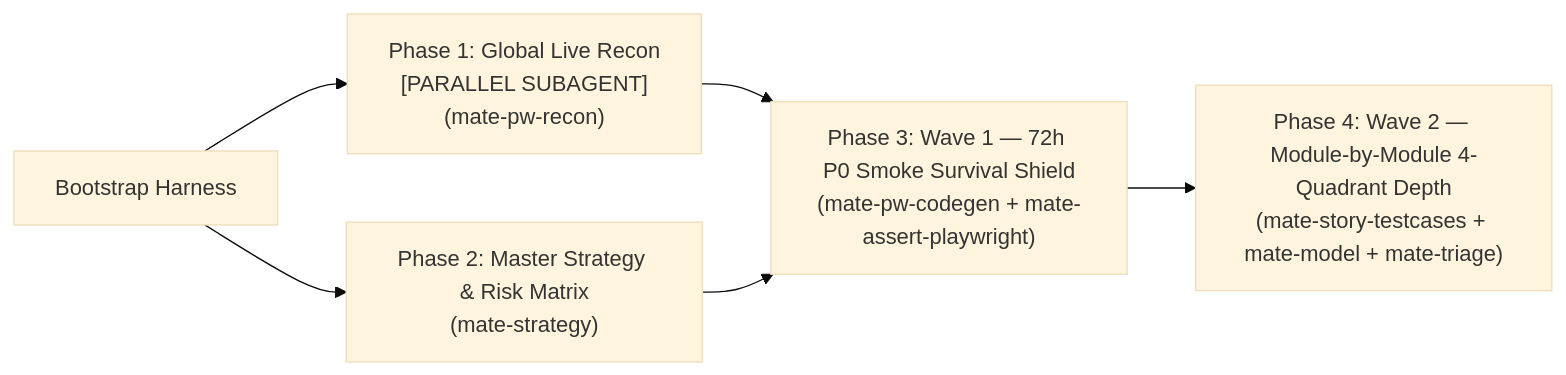
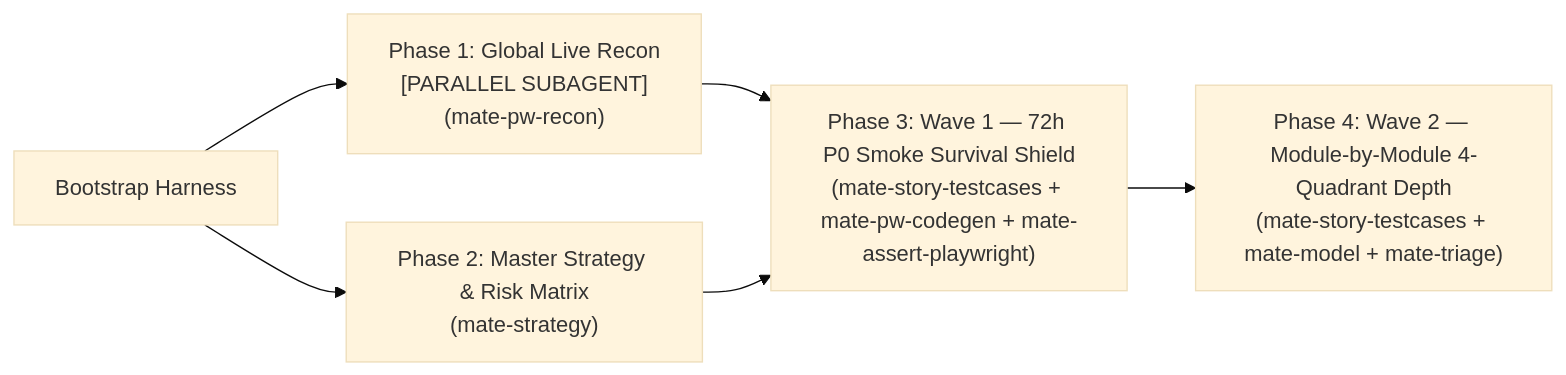
The diagram in workflows/mate-flow-zero-to-one.md (crespoantonio/mate-sdt), drawn with Mermaid (base theme) before and after one commit. The commit also changed other lines of this file and 14 other files, not shown here.

````diff
--- a/workflows/mate-flow-zero-to-one.md
+++ b/workflows/mate-flow-zero-to-one.md
@@ -14,8 +14,8 @@
 ```mermaid
 flowchart LR
     P0["Bootstrap Harness"] --> P1["Phase 1: Global Live Recon<br/>[PARALLEL SUBAGENT]<br/>(mate-pw-recon)"]
     P0 --> P2["Phase 2: Master Strategy & Risk Matrix<br/>(mate-strategy)"]
-    P1 --> P3["Phase 3: Wave 1 — 72h P0 Smoke Survival Shield<br/>(mate-pw-codegen + mate-assert-playwright)"]
+    P1 --> P3["Phase 3: Wave 1 — 72h P0 Smoke Survival Shield<br/>(mate-story-testcases + mate-pw-codegen + mate-assert-playwright)"]
     P2 --> P3
     P3 --> P4["Phase 4: Wave 2 — Module-by-Module 4-Quadrant Depth<br/>(mate-story-testcases + mate-model + mate-triage)"]
 ```
````
